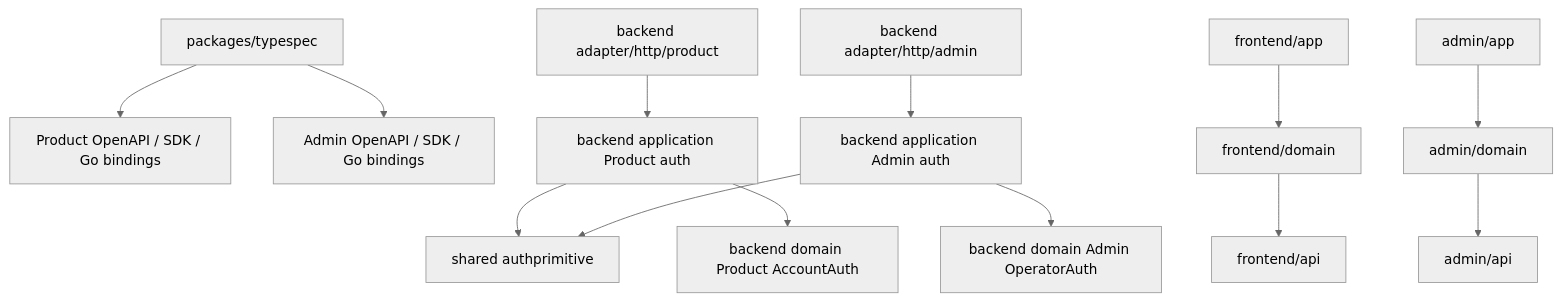
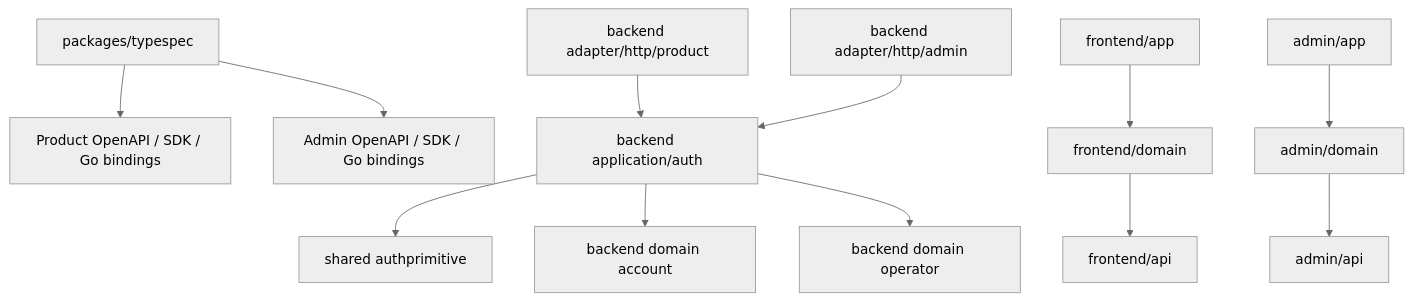
Before and after one commit to witwire-net/www-template: the second of 5 diagrams in openspec/changes/unified-context-scoped-auth-refresh/design.md, drawn with Mermaid (neutral theme). The commit also changed other lines of this file and 206 other files, not shown here.

````diff
--- a/openspec/changes/unified-context-scoped-auth-refresh/design.md
+++ b/openspec/changes/unified-context-scoped-auth-refresh/design.md
@@ -129,15 +162,14 @@
 ```mermaid
 flowchart TB
   TS[packages/typespec] --> PO[Product OpenAPI / SDK / Go bindings]
   TS --> AO[Admin OpenAPI / SDK / Go bindings]
-  PH[backend adapter/http/product] --> PA[backend application Product auth]
-  AH[backend adapter/http/admin] --> AA[backend application Admin auth]
-  PA --> SP[shared authprimitive]
-  AA --> SP
-  PA --> D[backend domain Product AccountAuth]
-  AA --> AD[backend domain Admin OperatorAuth]
+  PH[backend adapter/http/product] --> AU[backend application/auth]
+  AH[backend adapter/http/admin] --> AU
+  AU --> SP[shared authprimitive]
+  AU --> ACCT[backend domain account]
+  AU --> OPER[backend domain operator]
   FD[frontend/domain] --> FSDK[frontend/api]
   FA[frontend/app] --> FD
   ADOM[admin/domain] --> ASDK[admin/api]
   AAPP[admin/app] --> ADOM
 ```
````
